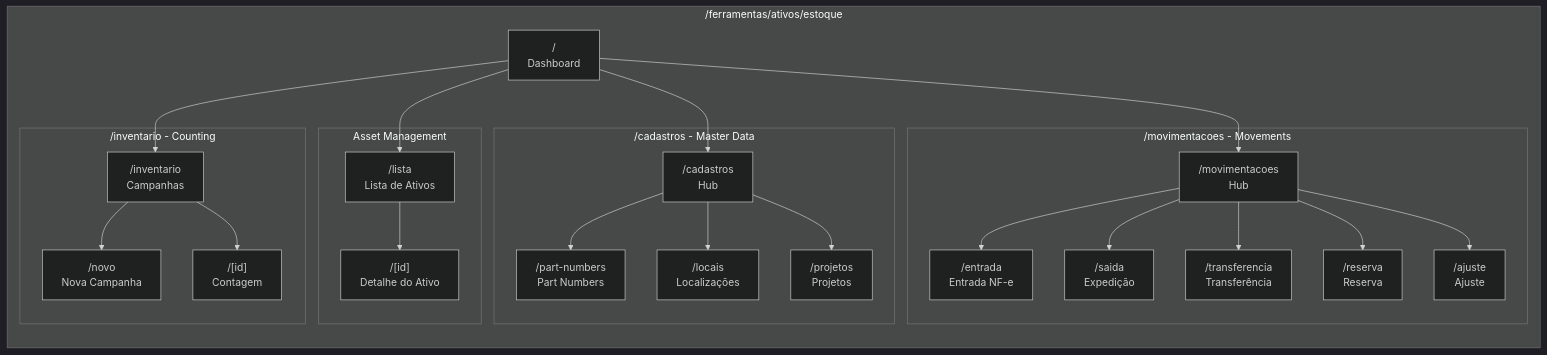
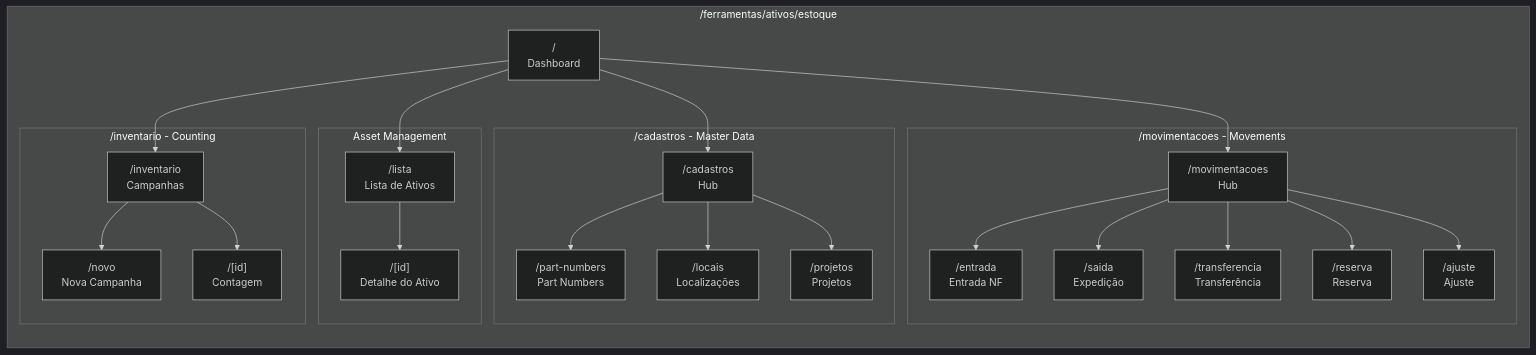
The second of 17 diagrams in docs/architecture/SGA_ESTOQUE_ARCHITECTURE.md (LPDigital-Agent/lpd-faiston-allinone), drawn with Mermaid (dark theme) before and after one commit. The commit also changed other lines of this file and 37 other files, not shown here.

````diff
--- a/docs/architecture/SGA_ESTOQUE_ARCHITECTURE.md
+++ b/docs/architecture/SGA_ESTOQUE_ARCHITECTURE.md
@@ -78,39 +78,39 @@
 ```mermaid
 flowchart LR
     subgraph "/ferramentas/ativos/estoque"
         Dashboard["/\nDashboard"]
 
         subgraph "Asset Management"
             Lista["/lista\nLista de Ativos"]
             Detail["/[id]\nDetalhe do Ativo"]
         end
 
         subgraph "/cadastros - Master Data"
             CadHub["/cadastros\nHub"]
             PN["/part-numbers\nPart Numbers"]
             Locais["/locais\nLocalizações"]
             Projetos["/projetos\nProjetos"]
         end
 
         subgraph "/movimentacoes - Movements"
             MovHub["/movimentacoes\nHub"]
-            Entrada["/entrada\nEntrada NF-e"]
+            Entrada["/entrada\nEntrada NF"]
             Saida["/saida\nExpedição"]
             Transfer["/transferencia\nTransferência"]
             Reserva["/reserva\nReserva"]
             Ajuste["/ajuste\nAjuste"]
         end
 
         subgraph "/inventario - Counting"
             InvList["/inventario\nCampanhas"]
             InvNew["/novo\nNova Campanha"]
             InvDetail["/[id]\nContagem"]
         end
     end
 
     Dashboard --> Lista & CadHub & MovHub & InvList
     Lista --> Detail
     CadHub --> PN & Locais & Projetos
     MovHub --> Entrada & Saida & Transfer & Reserva & Ajuste
     InvList --> InvNew & InvDetail
 ```
````
